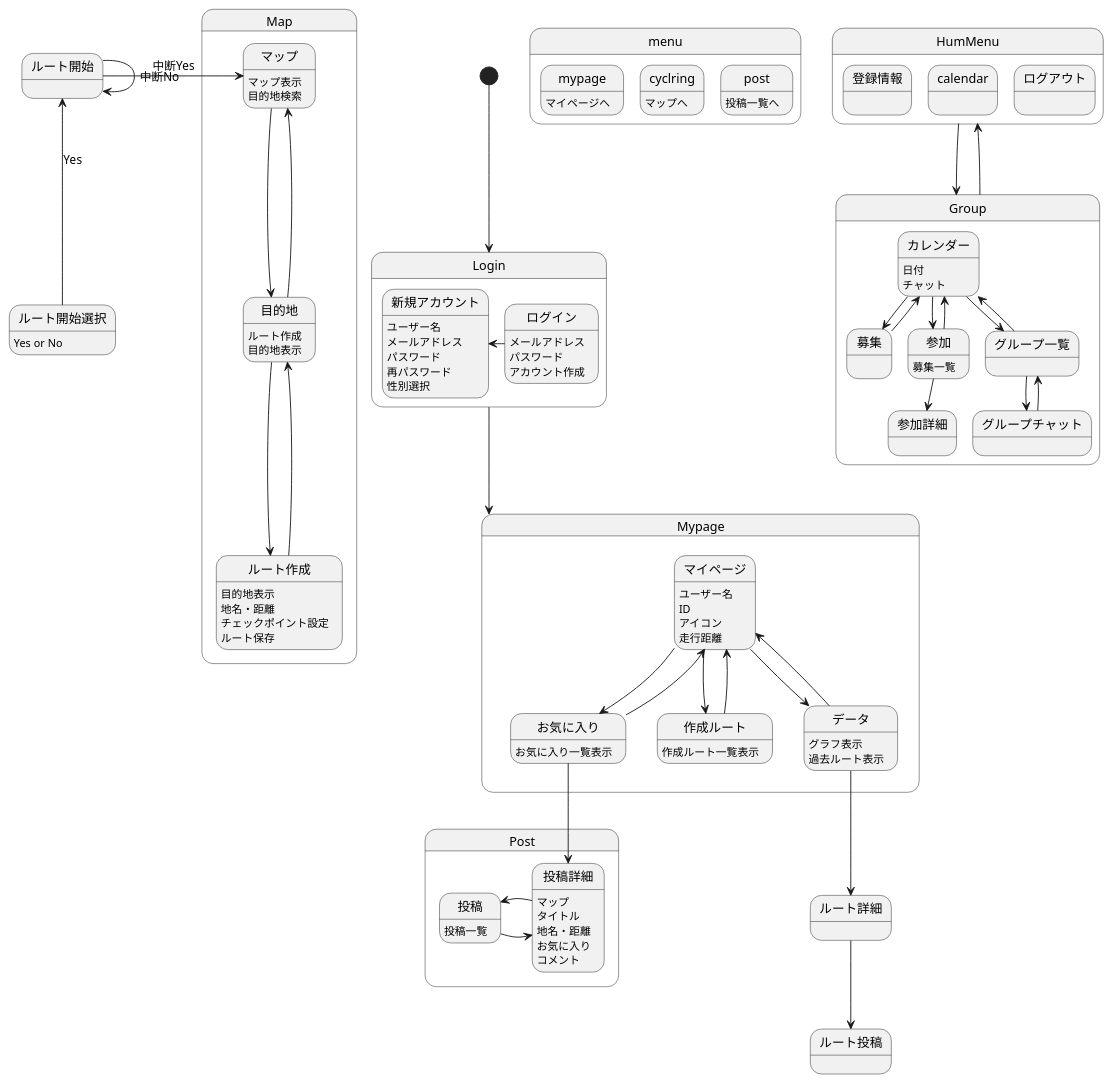
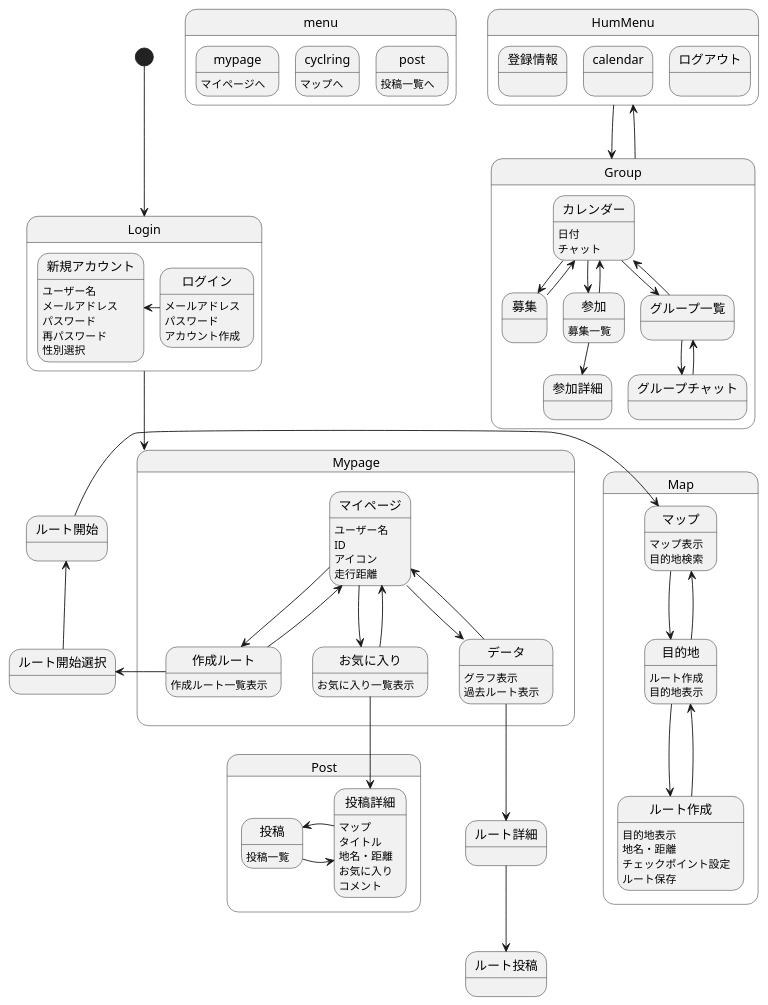
The diagram in 画面遷移図/gm.md (AsoSD3A3/CyclingSystem), drawn with PlantUML before and after one commit.

```diff
--- a/画面遷移図/gm.md
+++ b/画面遷移図/gm.md
@@ -83,10 +83,9 @@
 ルート作成:ルート保存
 }
 
-ルート開始選択:Yes or No
-ルート開始選択-up->ルート開始 :Yes
-ルート開始-right->マップ :中断Yes
-ルート開始-->ルート開始 :中断No
+作成ルート-left->ルート開始選択
+ルート開始選択-up->ルート開始
+ルート開始-left->マップ
 
 
 
```
